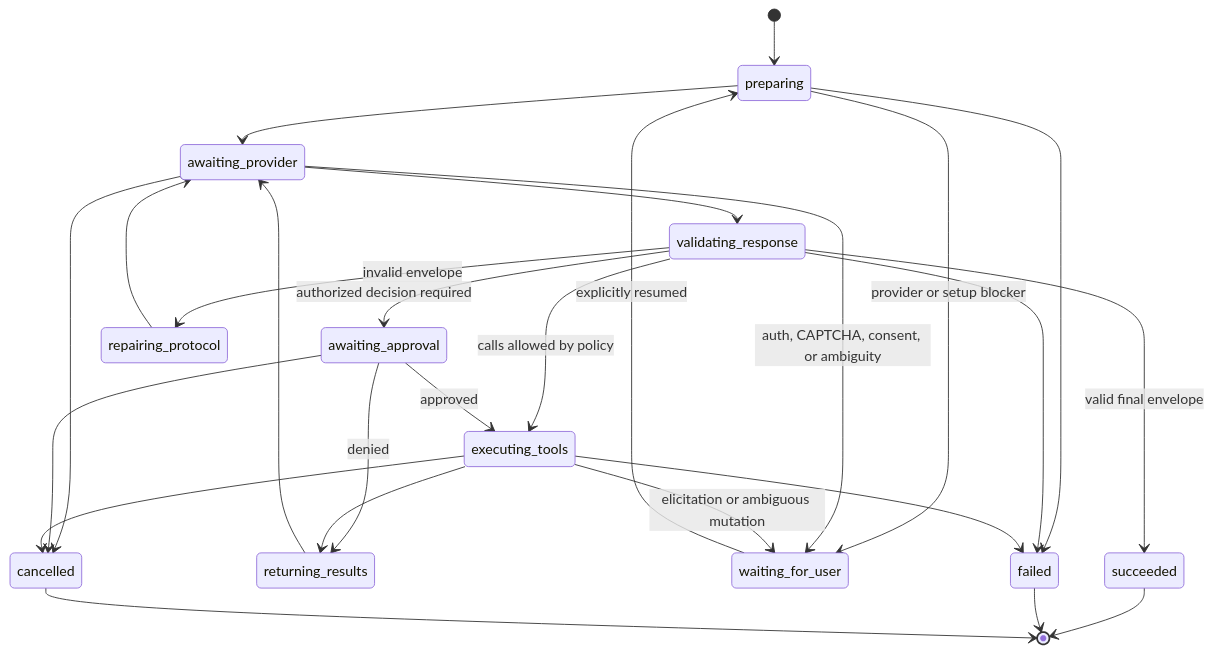
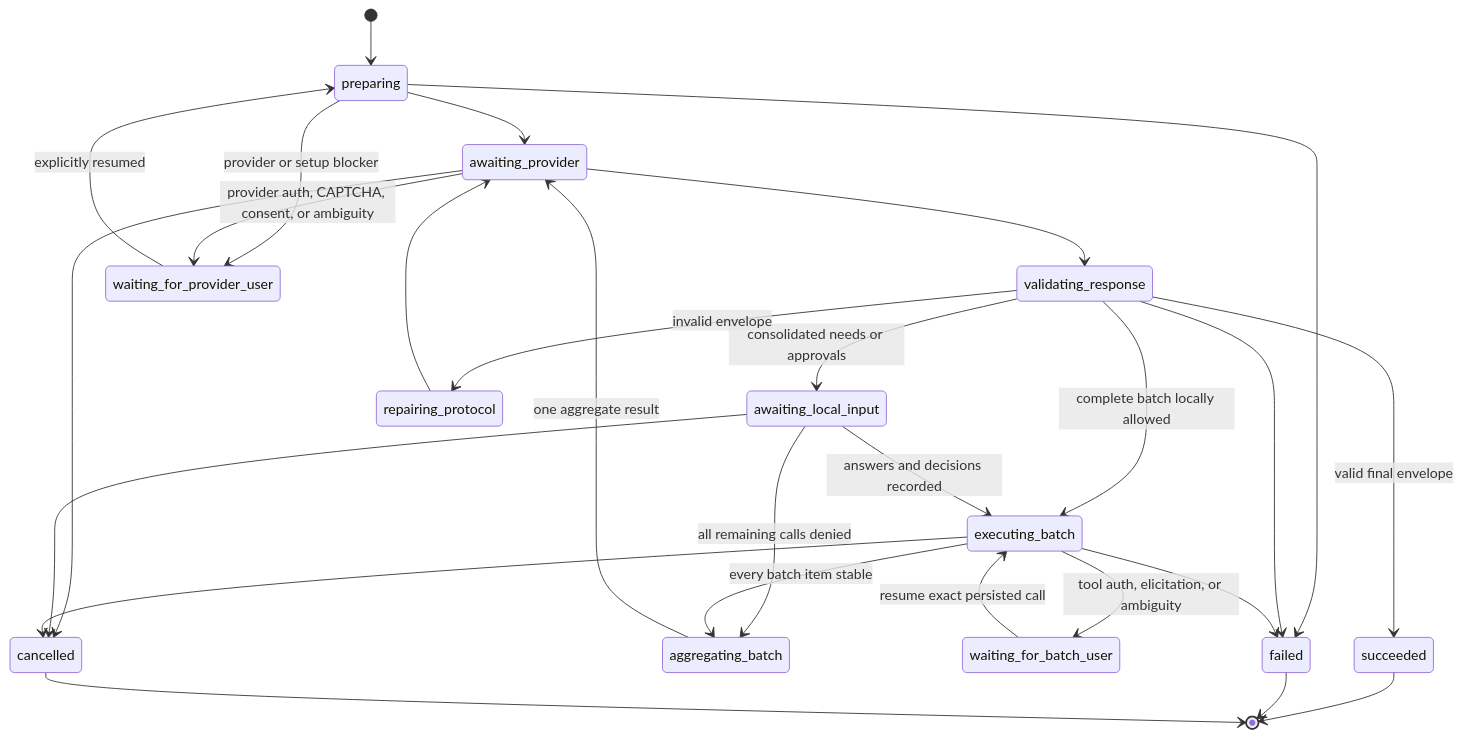
One commit to jazelly/tokenless changed the second of 2 diagrams in docs/roadmaps/P0-web-agent-harness.md. Above: the diagram before and after it, drawn with Mermaid. The commit also changed other lines of this file and 6 other files, not shown here.

Commit message:
docs(roadmaps): clarify batched harness and Windows acceptance

````diff
--- a/docs/roadmaps/P0-web-agent-harness.md
+++ b/docs/roadmaps/P0-web-agent-harness.md
@@ -359,28 +485,29 @@
 ```mermaid
 stateDiagram-v2
   [*] --> preparing
   preparing --> awaiting_provider
   awaiting_provider --> validating_response
-  validating_response --> awaiting_approval: authorized decision required
-  validating_response --> executing_tools: calls allowed by policy
+  validating_response --> awaiting_local_input: consolidated needs or approvals
+  validating_response --> executing_batch: complete batch locally allowed
   validating_response --> succeeded: valid final envelope
   validating_response --> repairing_protocol: invalid envelope
   repairing_protocol --> awaiting_provider
-  awaiting_approval --> executing_tools: approved
-  awaiting_approval --> returning_results: denied
-  executing_tools --> returning_results
-  returning_results --> awaiting_provider
-  preparing --> waiting_for_user: provider or setup blocker
-  awaiting_provider --> waiting_for_user: auth, CAPTCHA, consent, or ambiguity
-  executing_tools --> waiting_for_user: elicitation or ambiguous mutation
-  waiting_for_user --> preparing: explicitly resumed
+  awaiting_local_input --> executing_batch: answers and decisions recorded
+  awaiting_local_input --> aggregating_batch: all remaining calls denied
+  executing_batch --> waiting_for_batch_user: tool auth, elicitation, or ambiguity
+  waiting_for_batch_user --> executing_batch: resume exact persisted call
+  executing_batch --> aggregating_batch: every batch item stable
+  aggregating_batch --> awaiting_provider: one aggregate result
+  preparing --> waiting_for_provider_user: provider or setup blocker
+  awaiting_provider --> waiting_for_provider_user: provider auth, CAPTCHA, consent, or ambiguity
+  waiting_for_provider_user --> preparing: explicitly resumed
   preparing --> failed
   validating_response --> failed
-  executing_tools --> failed
+  executing_batch --> failed
   awaiting_provider --> cancelled
-  awaiting_approval --> cancelled
-  executing_tools --> cancelled
+  awaiting_local_input --> cancelled
+  executing_batch --> cancelled
   succeeded --> [*]
   failed --> [*]
   cancelled --> [*]
 ```
````
